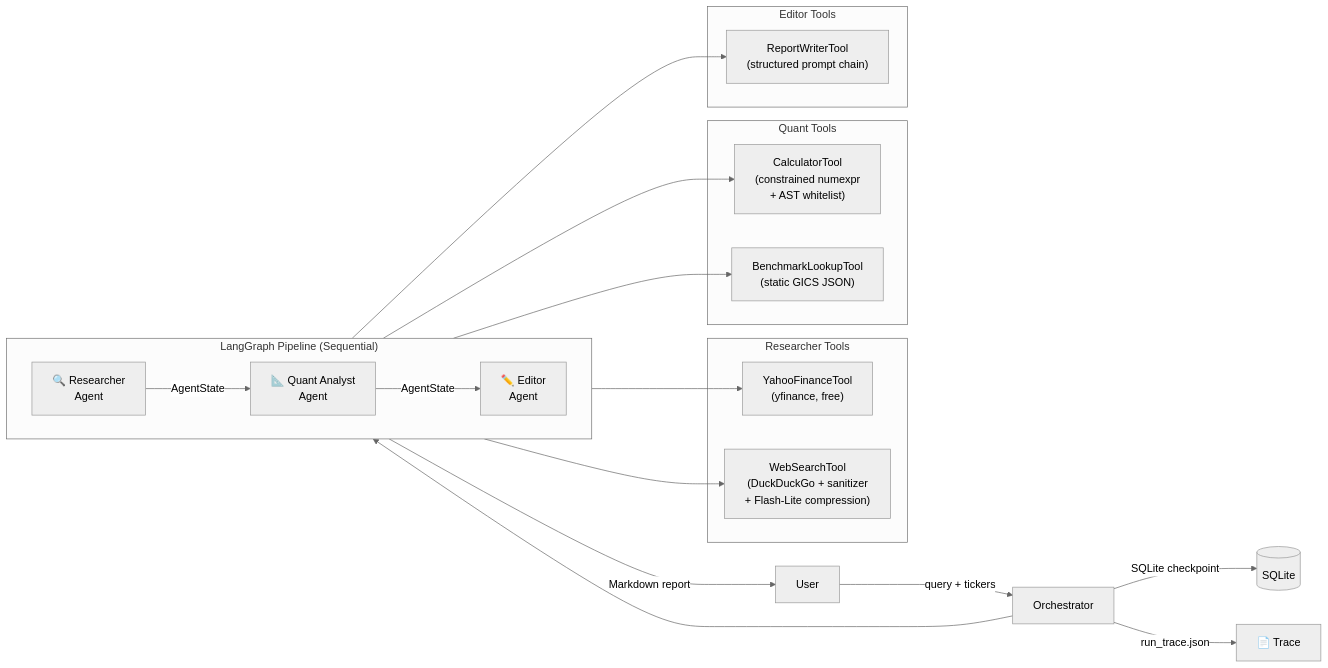
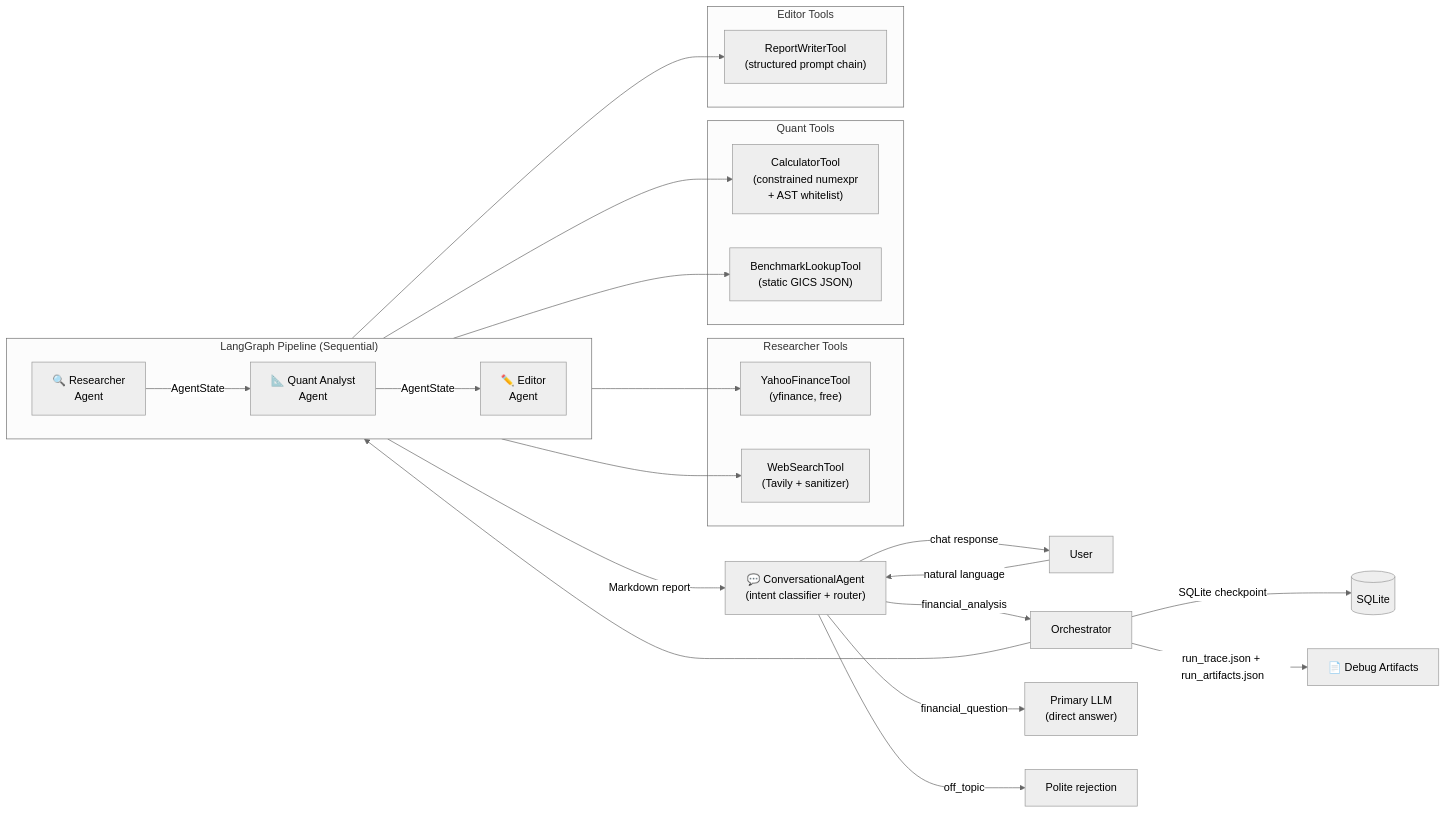
The diagram in README.md (MTawhid7/ai-financial-analysis-agent), drawn with Mermaid (neutral theme) before and after one commit. The commit also changed other lines of this file and 8 other files, not shown here.

````diff
--- a/README.md
+++ b/README.md
@@ -11,36 +13,40 @@
 ```mermaid
 flowchart LR
-    User -->|query + tickers| Orchestrator
+    User -->|natural language| CA["💬 ConversationalAgent\n(intent classifier + router)"]
+
+    CA -->|financial_analysis| Orchestrator
+    CA -->|financial_question| LLM["Primary LLM\n(direct answer)"]
+    CA -->|off_topic| Reject["Polite rejection"]
 
     subgraph Pipeline ["LangGraph Pipeline (Sequential)"]
         direction LR
         R["🔍 Researcher\nAgent"]
         Q["📐 Quant Analyst\nAgent"]
         E["✏️ Editor\nAgent"]
         R -->|AgentState| Q -->|AgentState| E
     end
 
     Orchestrator --> R
 
     subgraph ResearcherTools ["Researcher Tools"]
         YF["YahooFinanceTool\n(yfinance, free)"]
-        WS["WebSearchTool\n(DuckDuckGo + sanitizer\n+ Flash-Lite compression)"]
+        WS["WebSearchTool\n(Tavily + sanitizer)"]
     end
 
     subgraph QuantTools ["Quant Tools"]
         CALC["CalculatorTool\n(constrained numexpr\n+ AST whitelist)"]
         BL["BenchmarkLookupTool\n(static GICS JSON)"]
     end
 
     subgraph EditorTools ["Editor Tools"]
         RW["ReportWriterTool\n(structured prompt chain)"]
     end
 
     R --> YF & WS
     Q --> CALC & BL
     E --> RW
 
-    E -->|Markdown report| User
+    E -->|Markdown report| CA -->|chat response| User
     Orchestrator -->|SQLite checkpoint| DB[(SQLite)]
-    Orchestrator -->|run_trace.json| Trace[📄 Trace]
+    Orchestrator -->|run_trace.json + run_artifacts.json| Trace[📄 Debug Artifacts]
 ```
````
